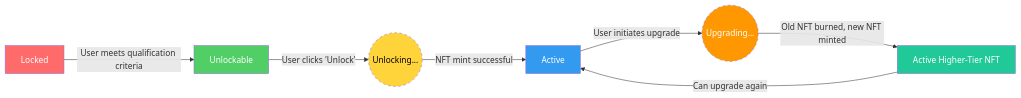
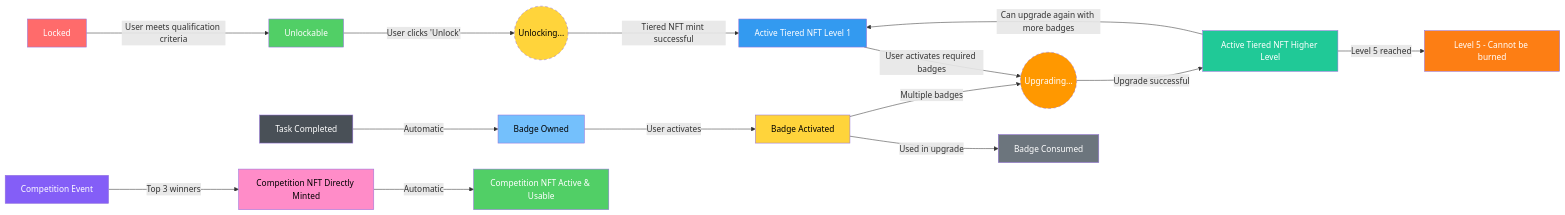
One commit to ljg-cqu/aiw3-nft-solana changed the diagram in docs/business/AIW3-NFT-Business-Rules-and-Flows.md. Above: the diagram before and after it, drawn with Mermaid. The commit also changed other lines of this file and 1 other file, not shown here.

Commit message:
docs: update NFT system to include badge-based upgrades and competition NFT mechanics

````diff
--- a/docs/business/AIW3-NFT-Business-Rules-and-Flows.md
+++ b/docs/business/AIW3-NFT-Business-Rules-and-Flows.md
@@ -63,16 +135,33 @@
 ```mermaid
 flowchart LR
     A[Locked] -->|User meets qualification criteria| B[Unlockable]
     B -->|User clicks 'Unlock'| C((Unlocking...))
-    C -->|NFT mint successful| D[Active]
-    D -->|User initiates upgrade| E((Upgrading...))
-    E -->|Old NFT burned, new NFT minted| F[Active Higher-Tier NFT]
-    F -->|Can upgrade again| D
+    C -->|Tiered NFT mint successful| D[Active Tiered NFT Level 1]
+    D -->|User activates required badges| E((Upgrading...))
+    E -->|Upgrade successful| F[Active Tiered NFT Higher Level]
+    F -->|Can upgrade again with more badges| D
+    F -->|Level 5 reached| M[Level 5 - Cannot be burned]
+    
+    G[Task Completed] -->|Automatic| H[Badge Owned]
+    H -->|User activates| I[Badge Activated]
+    I -->|Used in upgrade| J[Badge Consumed]
+    I -->|Multiple badges| E
+    
+    K[Competition Event] -->|Top 3 winners| L[Competition NFT Directly Minted]
+    L -->|Automatic| N[Competition NFT Active & Usable]
     
     style A fill:#ff6b6b,color:#fff
     style B fill:#51cf66,color:#fff
     style C fill:#ffd43b,color:#000,stroke-dasharray: 5 5
     style D fill:#339af0,color:#fff
     style E fill:#ff9800,color:#fff,stroke-dasharray: 5 5
     style F fill:#20c997,color:#fff
+    style G fill:#495057,color:#fff
+    style H fill:#74c0fc,color:#000
+    style I fill:#ffd43b,color:#000
+    style J fill:#6c757d,color:#fff
+    style K fill:#845ef7,color:#fff
+    style L fill:#ff8cc8,color:#000
+    style M fill:#fd7e14,color:#fff
+    style N fill:#51cf66,color:#fff
 ```
````
